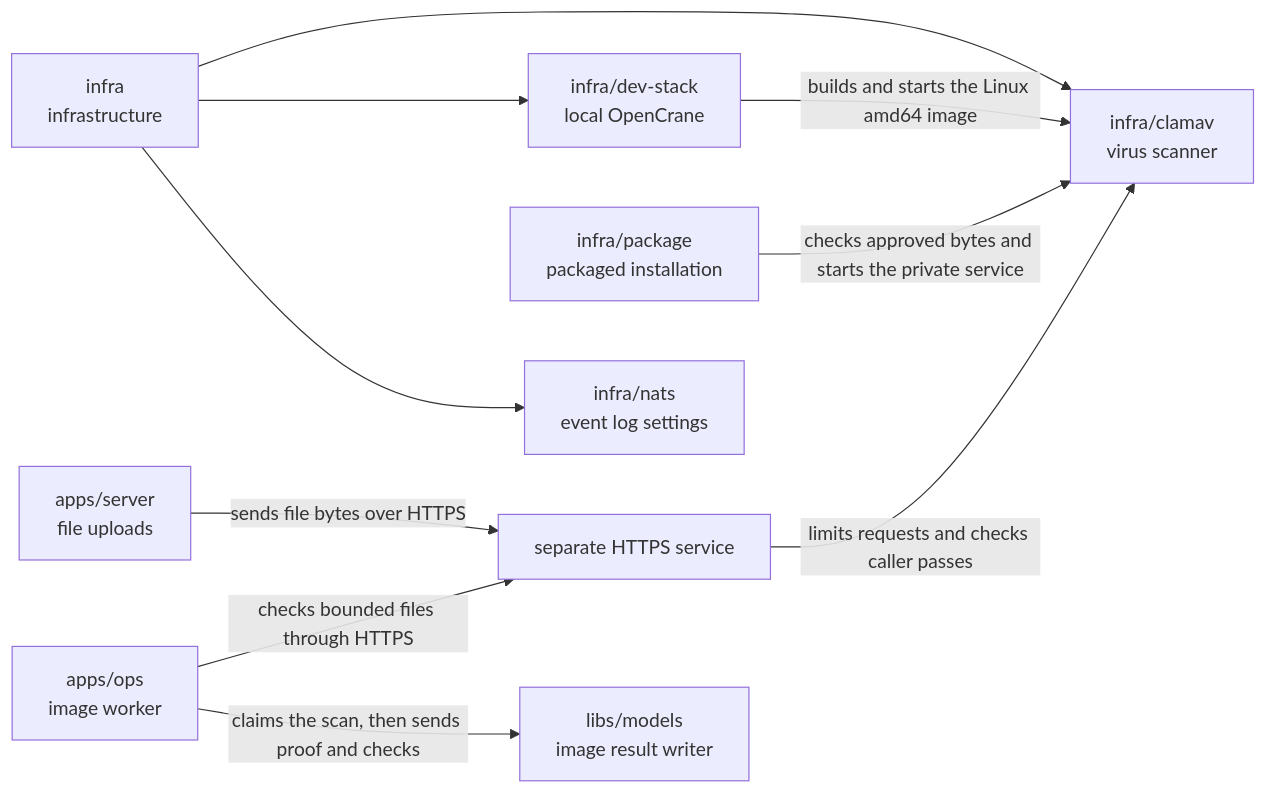
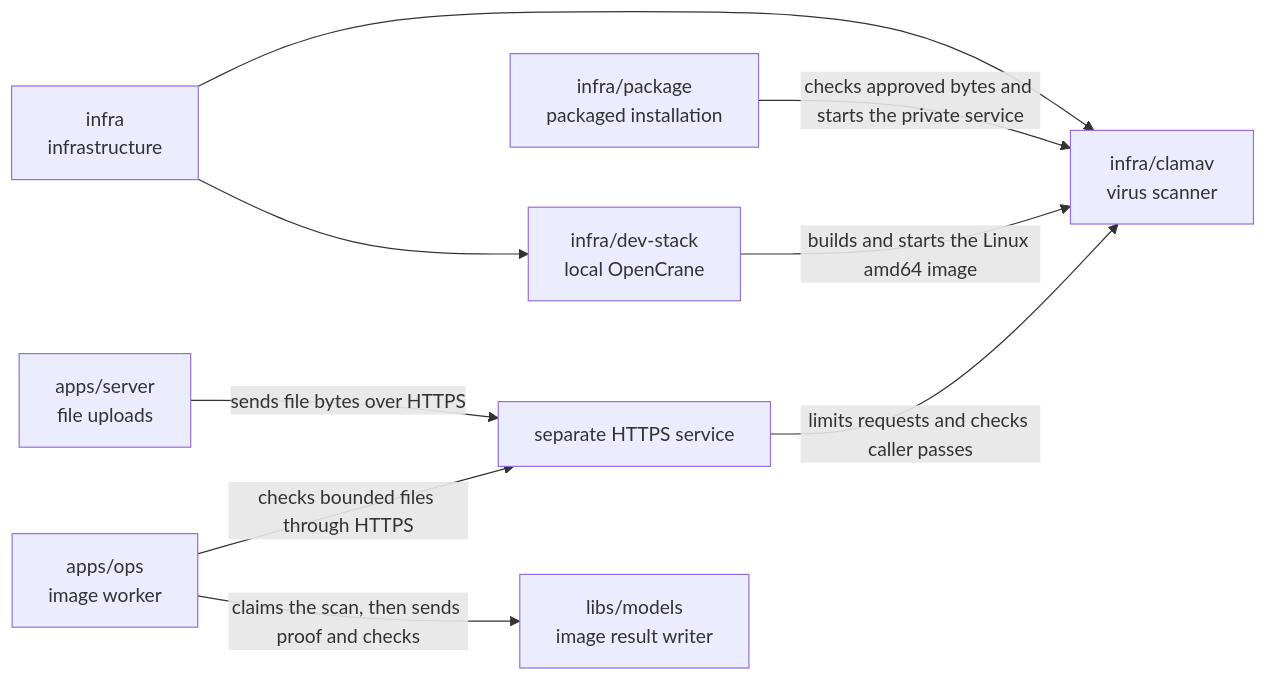
Before and after one commit to elewa-git/opencrane-new: the diagram in infra/clamav/README.md, drawn with Mermaid. The commit also changed 22 other files, not shown here.

````diff
--- a/infra/clamav/README.md
+++ b/infra/clamav/README.md
@@ -21,12 +21,11 @@
 ```mermaid
 flowchart LR
   infra["infra<br/>infrastructure"] --> clamav["infra/clamav<br/>virus scanner"]
   infra --> stack["infra/dev-stack<br/>local OpenCrane"]
-  infra --> nats["infra/nats<br/>event log settings"]
   stack -->|builds and starts the Linux amd64 image| clamav
   package["infra/package<br/>packaged installation"] -->|checks approved bytes and starts the private service| clamav
   server["apps/server<br/>file uploads"] -->|sends file bytes over HTTPS| launcher
   worker["apps/ops<br/>image worker"] -->|checks bounded files through HTTPS| launcher
   worker -->|claims the scan, then sends proof and checks| models["libs/models<br/>image result writer"]
   launcher["separate HTTPS service"] -->|limits requests and checks caller passes| clamav
 ```
````
